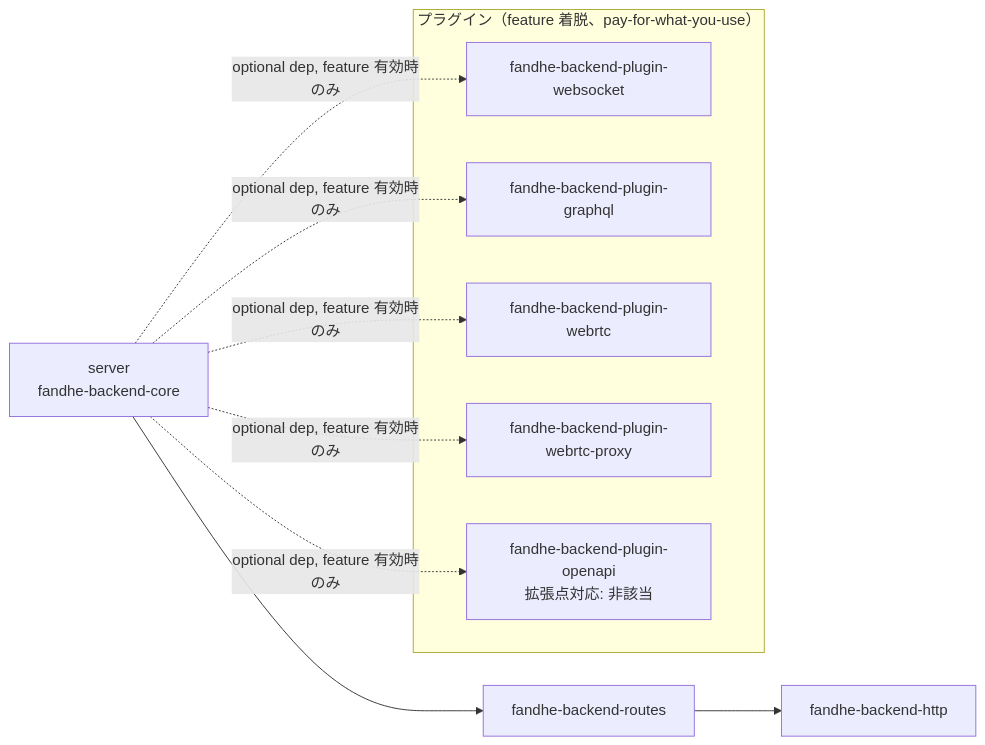
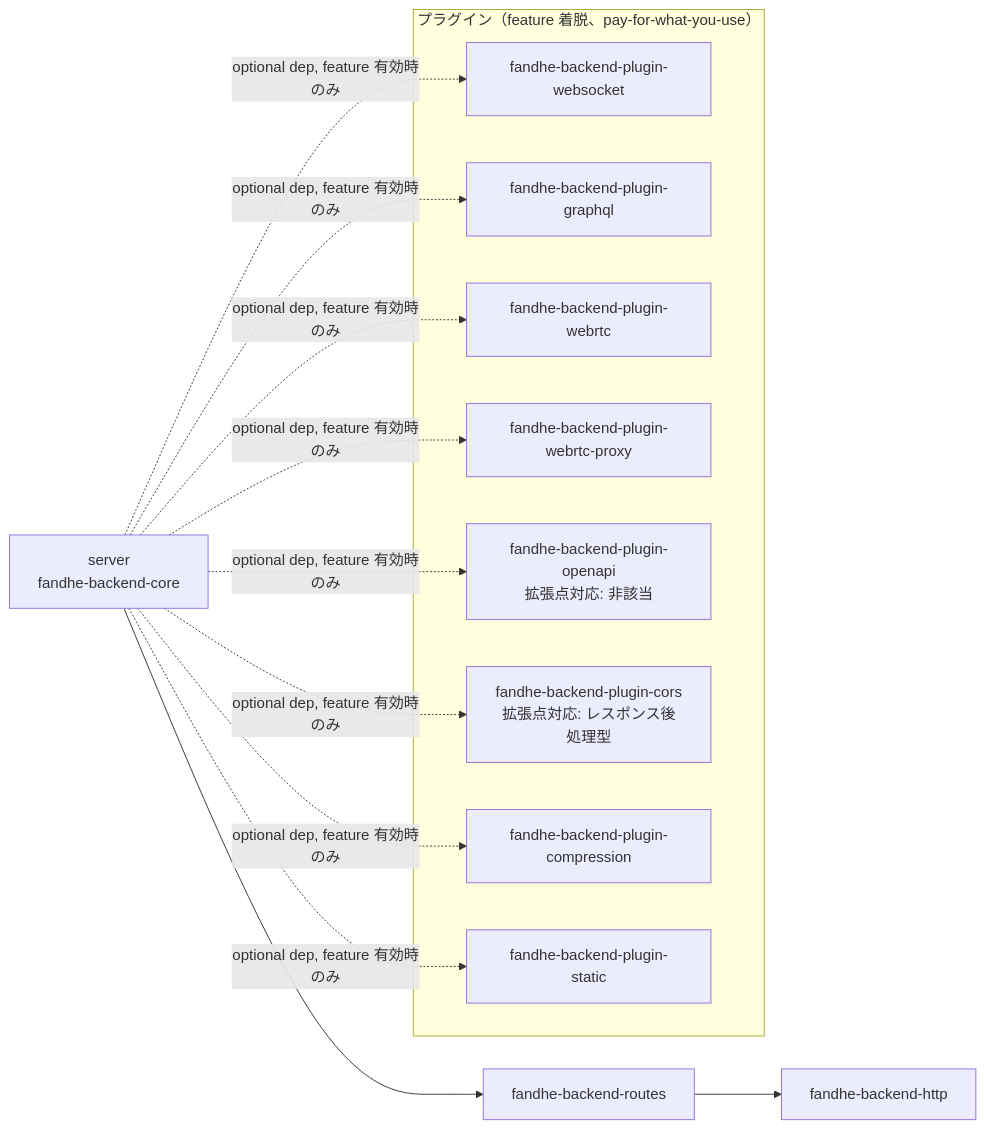
Before and after one commit to Fandhe-AI/fandhe-backend: the diagram in docs/design/dependency-graph-contract.md, drawn with Mermaid. The commit also changed other lines of this file and 54 other files, not shown here.

````diff
--- a/docs/design/dependency-graph-contract.md
+++ b/docs/design/dependency-graph-contract.md
@@ -29,19 +29,25 @@
 ```mermaid
 graph LR
     server[server<br/>fandhe-backend-core] --> routes[fandhe-backend-routes]
     routes --> http[fandhe-backend-http]
 
     server -.->|optional dep, feature 有効時のみ| ws[fandhe-backend-plugin-websocket]
     server -.->|optional dep, feature 有効時のみ| gql[fandhe-backend-plugin-graphql]
     server -.->|optional dep, feature 有効時のみ| rtc[fandhe-backend-plugin-webrtc]
     server -.->|optional dep, feature 有効時のみ| rtcproxy[fandhe-backend-plugin-webrtc-proxy]
     server -.->|optional dep, feature 有効時のみ| openapi[fandhe-backend-plugin-openapi<br/>拡張点対応: 非該当]
+    server -.->|optional dep, feature 有効時のみ| cors[fandhe-backend-plugin-cors<br/>拡張点対応: レスポンス後処理型]
+    server -.->|optional dep, feature 有効時のみ| compression[fandhe-backend-plugin-compression]
+    server -.->|optional dep, feature 有効時のみ| static_files[fandhe-backend-plugin-static]
 
     subgraph "プラグイン（feature 着脱、pay-for-what-you-use）"
         ws
         gql
         rtc
         rtcproxy
         openapi
+        cors
+        compression
+        static_files
     end
 ```
````
